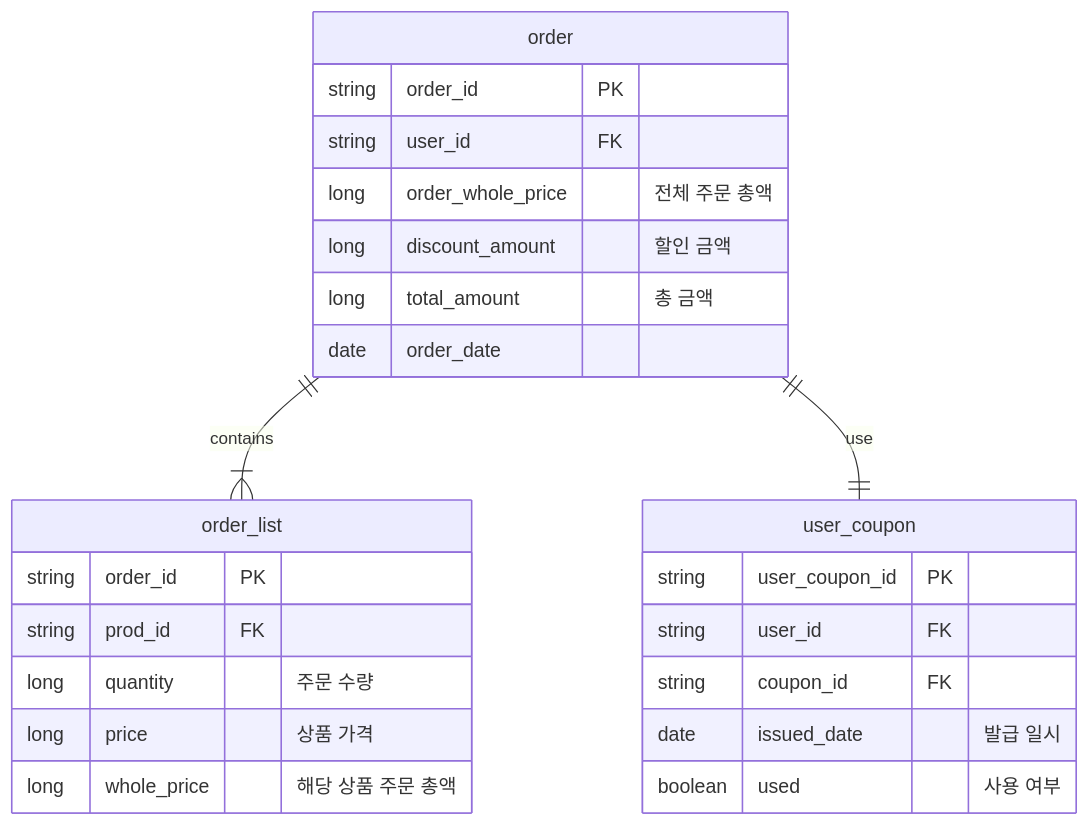
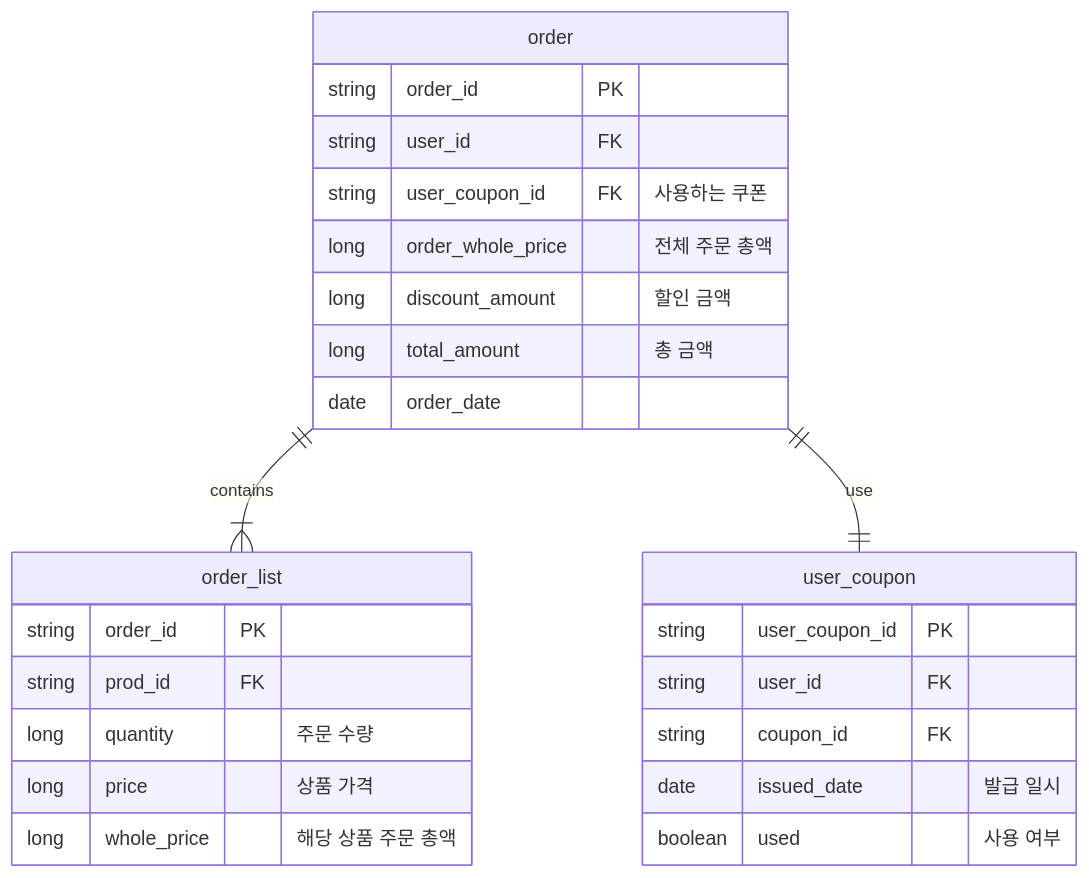
Before and after one commit to JiwooJng/hhplus-ecommerce: the fourth of 6 diagrams in docs/erdiagrams.md, drawn with Mermaid.

Commit message:
[Fix] 주문 테이블
order > user_coupon_id 누락

````diff
--- a/docs/erdiagrams.md
+++ b/docs/erdiagrams.md
@@ -131,27 +131,28 @@
 ```mermaid
 erDiagram
     order {
         string order_id PK
         string user_id FK
+        string user_coupon_id FK "사용하는 쿠폰"
         long order_whole_price "전체 주문 총액"
         long discount_amount "할인 금액"
         long total_amount "총 금액"
         date order_date
     }
     order_list {
         string order_id PK
         string prod_id FK
         long quantity "주문 수량"
         long price "상품 가격"
         long whole_price "해당 상품 주문 총액"
     }
     user_coupon {
         string user_coupon_id PK
         string user_id FK 
         string coupon_id FK
         date issued_date "발급 일시"
         boolean used "사용 여부"
     }
     order ||--|{order_list : contains
     order ||--||user_coupon : use
 ```
````
